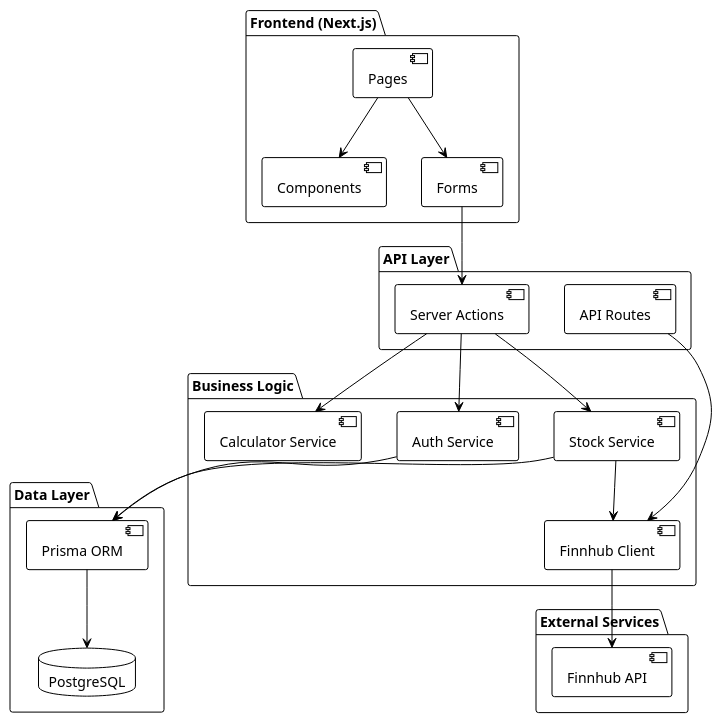
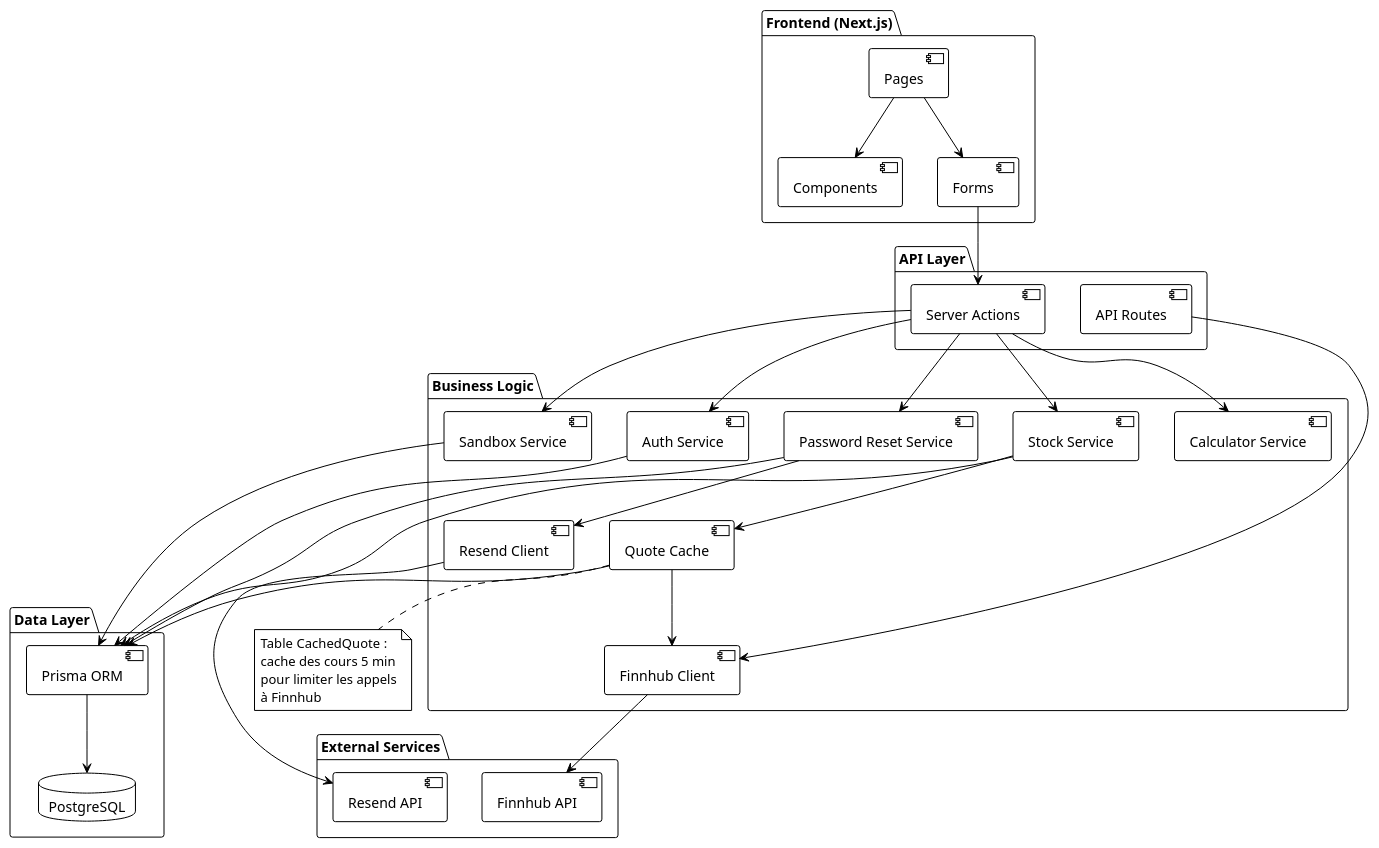
One commit to neyzare/FinanTrack changed the diagram in docs/uml/02-component-diagram.puml. Above: the diagram before and after it, drawn with PlantUML. The commit also changed 59 other files, not shown here.

```diff
--- a/docs/uml/02-component-diagram.puml
+++ b/docs/uml/02-component-diagram.puml
@@ -1,44 +1,64 @@
 @startuml
 !theme plain
 
 package "Frontend (Next.js)" {
   [Pages]
   [Components]
   [Forms]
 }
 
 package "API Layer" {
   [Server Actions]
   [API Routes]
 }
 
 package "Business Logic" {
   [Auth Service]
   [Stock Service]
   [Calculator Service]
+  [Sandbox Service]
+  [Password Reset Service]
+  [Quote Cache]
   [Finnhub Client]
+  [Resend Client]
 }
 
 package "Data Layer" {
   [Prisma ORM]
   database PostgreSQL
 }
 
 package "External Services" {
   [Finnhub API]
+  [Resend API]
 }
 
 [Pages] --> [Forms]
 [Pages] --> [Components]
 [Forms] --> [Server Actions]
 [Server Actions] --> [Auth Service]
 [Server Actions] --> [Stock Service]
 [Server Actions] --> [Calculator Service]
+[Server Actions] --> [Sandbox Service]
+[Server Actions] --> [Password Reset Service]
 [Auth Service] --> [Prisma ORM]
 [Stock Service] --> [Prisma ORM]
-[Stock Service] --> [Finnhub Client]
+[Stock Service] --> [Quote Cache]
+[Sandbox Service] --> [Prisma ORM]
+[Password Reset Service] --> [Prisma ORM]
+[Password Reset Service] --> [Resend Client]
+[Quote Cache] --> [Prisma ORM]
+[Quote Cache] --> [Finnhub Client]
 [Finnhub Client] --> [Finnhub API]
+[Resend Client] --> [Resend API]
 [Prisma ORM] --> PostgreSQL
 [API Routes] --> [Finnhub Client]
 
+note bottom of [Quote Cache]
+  Table CachedQuote :
+  cache des cours 5 min
+  pour limiter les appels
+  à Finnhub
+end note
+
 @enduml
```
